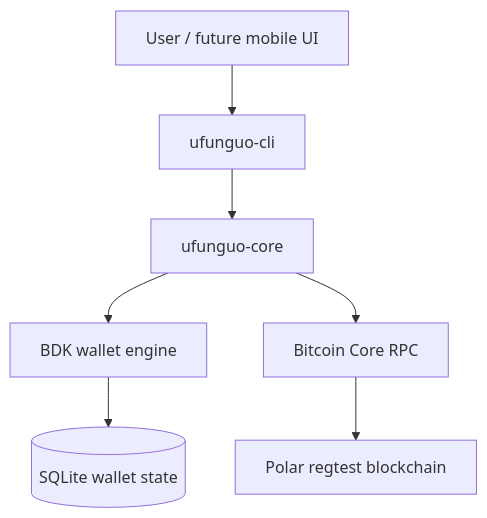
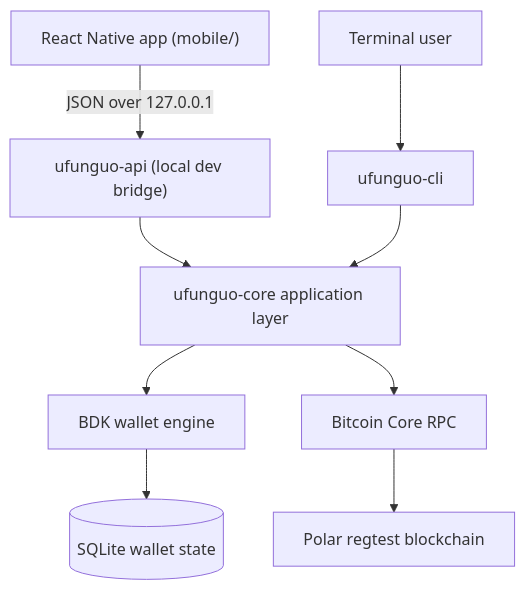
Before and after one commit to ro61zzy/ufunguo-wallet: the diagram in README.md, drawn with Mermaid. The commit also changed other lines of this file and 11 other files, not shown here.

````diff
--- a/README.md
+++ b/README.md
@@ -26,9 +33,11 @@
 ```mermaid
 flowchart TD
-    User["User / future mobile UI"] --> CLI["ufunguo-cli"]
-    CLI --> Core["ufunguo-core"]
-    Core --> BDK["BDK wallet engine"]
+    App["React Native app (mobile/)"] -- "JSON over 127.0.0.1" --> API["ufunguo-api (local dev bridge)"]
+    User["Terminal user"] --> CLI["ufunguo-cli"]
+    API --> Service["ufunguo-core application layer"]
+    CLI --> Service
+    Service --> BDK["BDK wallet engine"]
     BDK --> DB[("SQLite wallet state")]
-    Core --> RPC["Bitcoin Core RPC"]
+    Service --> RPC["Bitcoin Core RPC"]
     RPC --> Chain["Polar regtest blockchain"]
 ```
````
